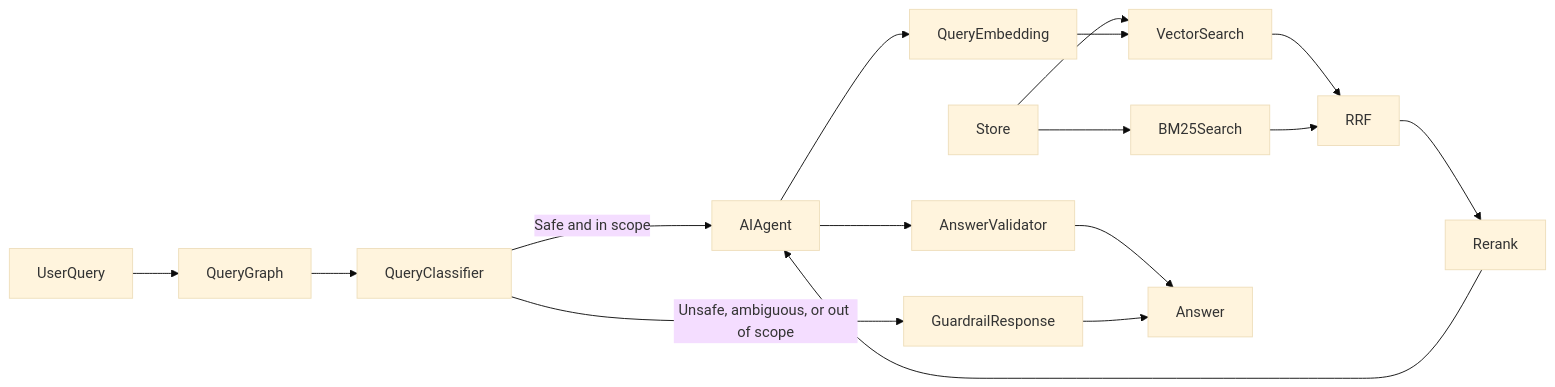
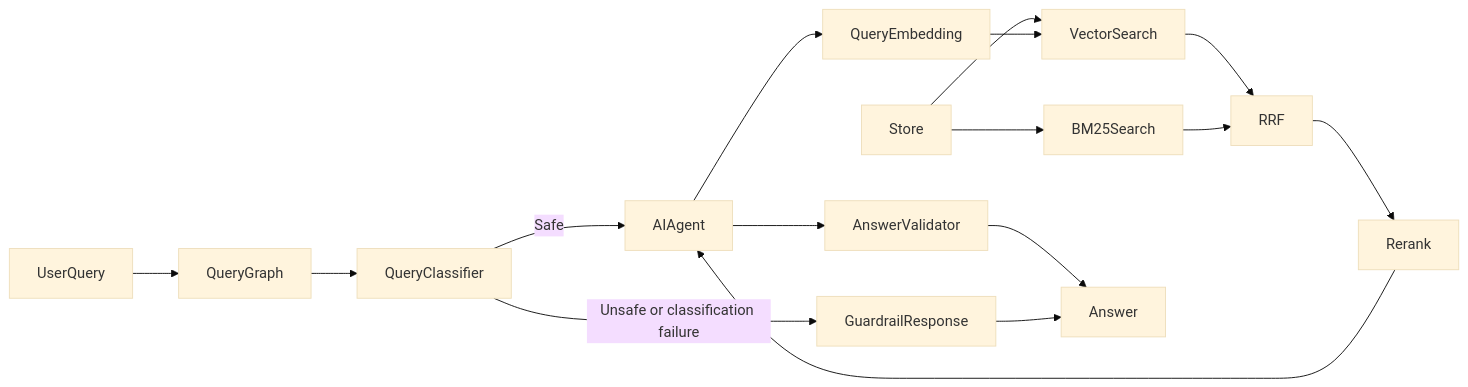
One commit to sanath95/Document-Knowledge-Base-with-Source-Grounding changed the second of 2 diagrams in README.md. Above: the diagram before and after it, drawn with Mermaid (base theme). The commit also changed other lines of this file and 3 other files, not shown here.

Commit message:
remove scope classification from query classifier as it does not really know the scope of the documents

````diff
--- a/README.md
+++ b/README.md
@@ -34,18 +34,18 @@
 ```mermaid
 flowchart LR
     UserQuery --> QueryGraph
     QueryGraph --> QueryClassifier
-    QueryClassifier -->|Safe and in scope| AIAgent
-    QueryClassifier -->|Unsafe, ambiguous, or out of scope| GuardrailResponse
+    QueryClassifier -->|Safe| AIAgent
+    QueryClassifier -->|Unsafe or classification failure| GuardrailResponse
     AIAgent --> QueryEmbedding
     Store --> VectorSearch
     Store --> BM25Search
     QueryEmbedding --> VectorSearch
     VectorSearch --> RRF
     BM25Search --> RRF
     RRF --> Rerank
     Rerank --> AIAgent
     AIAgent --> AnswerValidator
     AnswerValidator --> Answer
     GuardrailResponse --> Answer
 ```
````
